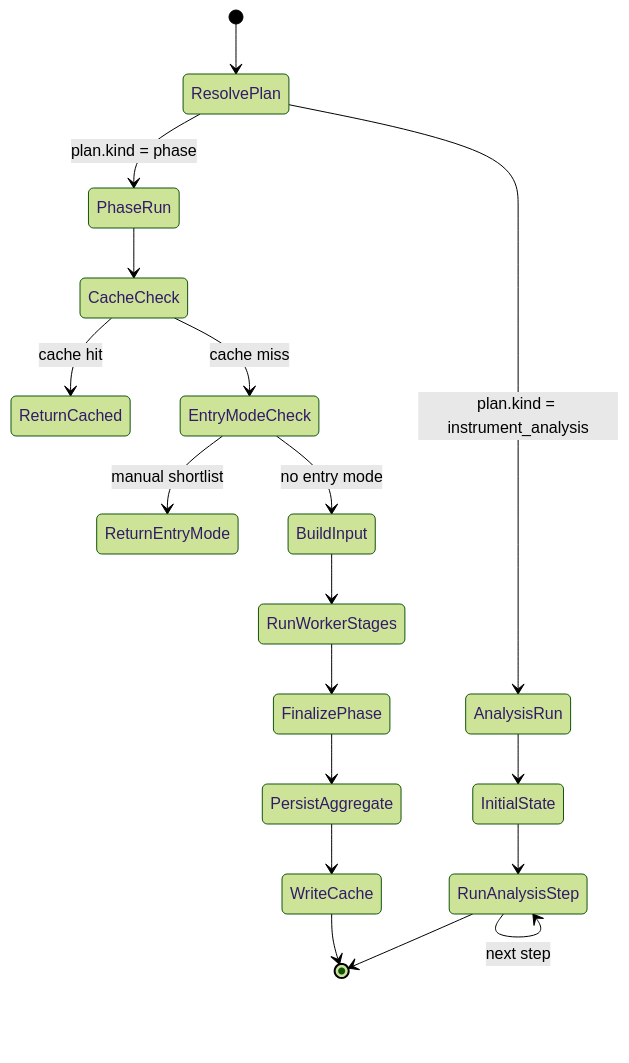
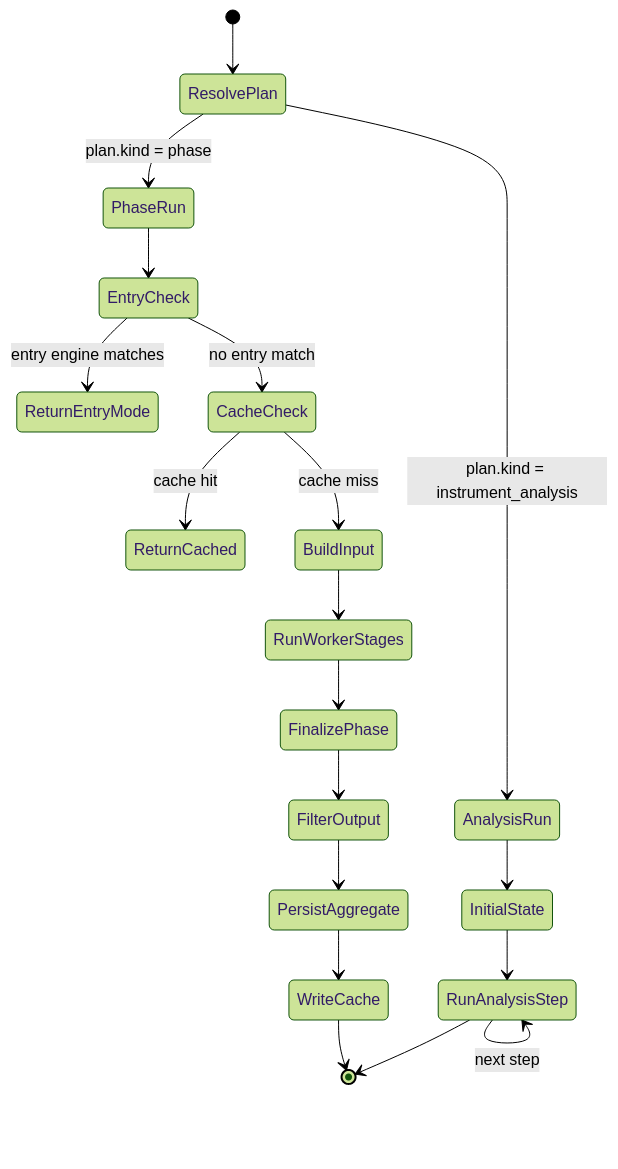
The seventh of 9 diagrams in docs/architecture/pipeline-runtime.md (KennethAtchon/Exva), drawn with Mermaid (forest theme) before and after one commit. The commit also changed other lines of this file and 19 other files, not shown here.

First line of the commit message:
Implement definition-first pipeline architecture and enhance phase organization

````diff
--- a/docs/architecture/pipeline-runtime.md
+++ b/docs/architecture/pipeline-runtime.md
@@ -341,20 +405,21 @@
 ```mermaid
 stateDiagram-v2
     [*] --> ResolvePlan
     ResolvePlan --> PhaseRun: plan.kind = phase
     ResolvePlan --> AnalysisRun: plan.kind = instrument_analysis
-    PhaseRun --> CacheCheck
+    PhaseRun --> EntryCheck
+    EntryCheck --> ReturnEntryMode: entry engine matches
+    EntryCheck --> CacheCheck: no entry match
     CacheCheck --> ReturnCached: cache hit
-    CacheCheck --> EntryModeCheck: cache miss
-    EntryModeCheck --> ReturnEntryMode: manual shortlist
-    EntryModeCheck --> BuildInput: no entry mode
+    CacheCheck --> BuildInput: cache miss
     BuildInput --> RunWorkerStages
     RunWorkerStages --> FinalizePhase
-    FinalizePhase --> PersistAggregate
+    FinalizePhase --> FilterOutput
+    FilterOutput --> PersistAggregate
     PersistAggregate --> WriteCache
     WriteCache --> [*]
     AnalysisRun --> InitialState
     InitialState --> RunAnalysisStep
     RunAnalysisStep --> RunAnalysisStep: next step
     RunAnalysisStep --> [*]
 ```
````
